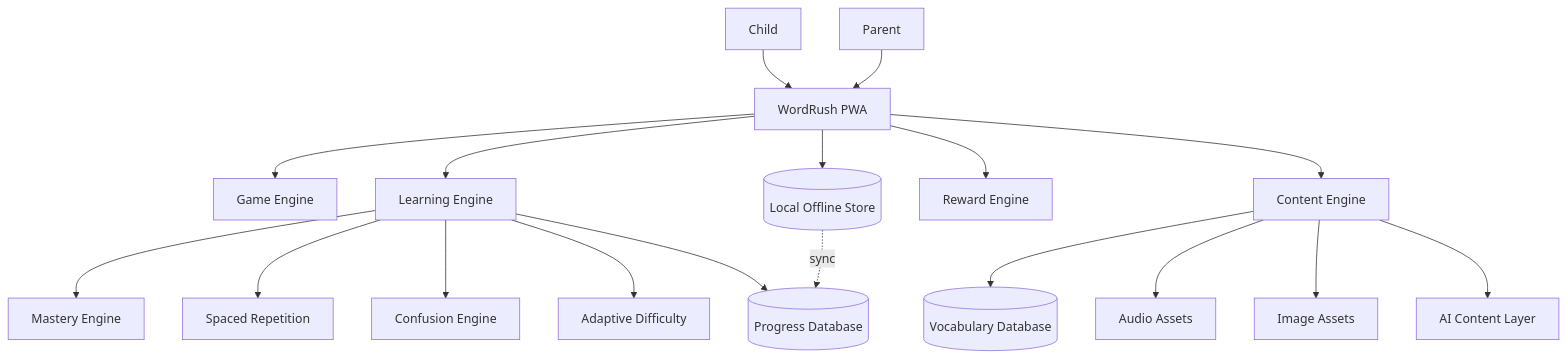
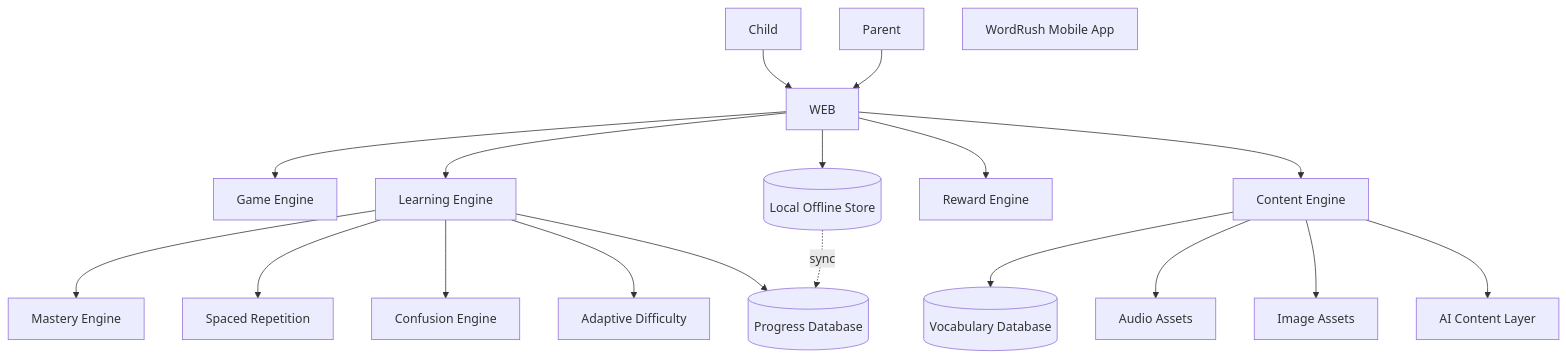
Before and after one commit to Yonicks/WordRush: diagram 21 of 25 in wordrush-full-product-technical-plan-v2.md, drawn with Mermaid. The commit also changed other lines of this file, not shown here.

````diff
--- a/wordrush-full-product-technical-plan-v2.md
+++ b/wordrush-full-product-technical-plan-v2.md
@@ -2656,49 +2657,49 @@
 ```mermaid
 graph TB
 
     CHILD[Child]
     PARENT[Parent]
 
-    WEB[WordRush PWA]
+    APP[WordRush Mobile App]
 
     GAME[Game Engine]
     LEARNING[Learning Engine]
     CONTENT[Content Engine]
     REWARD[Reward Engine]
 
     MASTERY[Mastery Engine]
     SCHED[Spaced Repetition]
     CONFUSE[Confusion Engine]
     DIFF[Adaptive Difficulty]
 
     WORDDB[(Vocabulary Database)]
     PROGRESS[(Progress Database)]
     LOCAL[(Local Offline Store)]
 
     AUDIO[Audio Assets]
     IMAGE[Image Assets]
     AI[AI Content Layer]
 
     CHILD --> WEB
     PARENT --> WEB
 
     WEB --> GAME
     WEB --> LEARNING
     WEB --> CONTENT
     WEB --> REWARD
 
     LEARNING --> MASTERY
     LEARNING --> SCHED
     LEARNING --> CONFUSE
     LEARNING --> DIFF
 
     CONTENT --> WORDDB
     CONTENT --> AUDIO
     CONTENT --> IMAGE
     CONTENT --> AI
 
     LEARNING --> PROGRESS
     WEB --> LOCAL
 
     LOCAL -.sync.-> PROGRESS
 ```
````
